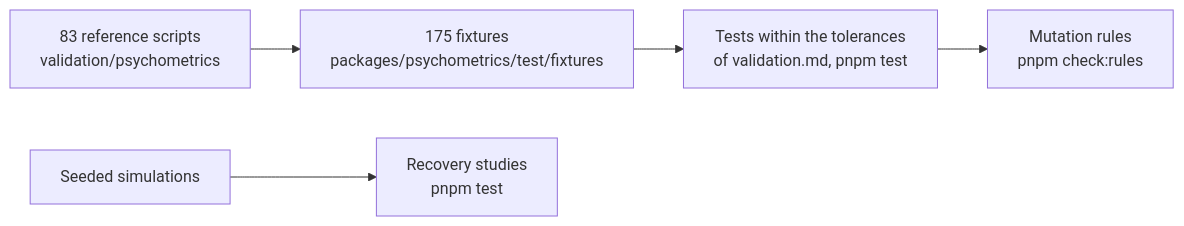
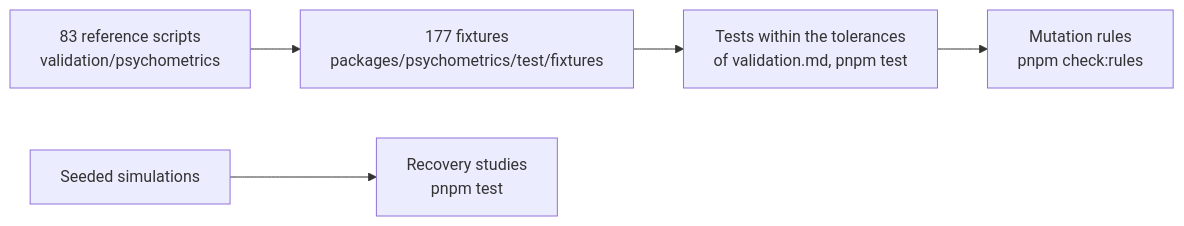
One commit to measurekit/measurekit changed the diagram in docs/psychometrics/evidence.md. Above: the diagram before and after it, drawn with Mermaid. The commit also changed other lines of this file and 1 other file, not shown here.

First line of the commit message:
Count the reference scripts and fixtures of the evidence pages at the main of 2026-11-06

````diff
--- a/docs/psychometrics/evidence.md
+++ b/docs/psychometrics/evidence.md
@@ -8,7 +8,7 @@
 ```mermaid
 flowchart LR
-  scripts["83 reference scripts<br/>validation/psychometrics"] --> fixtures["175 fixtures<br/>packages/psychometrics/test/fixtures"]
+  scripts["83 reference scripts<br/>validation/psychometrics"] --> fixtures["177 fixtures<br/>packages/psychometrics/test/fixtures"]
   fixtures --> tests["Tests within the tolerances<br/>of validation.md, pnpm test"]
   sim["Seeded simulations"] --> recovery["Recovery studies<br/>pnpm test"]
   tests --> rules["Mutation rules<br/>pnpm check:rules"]
 ```
````
